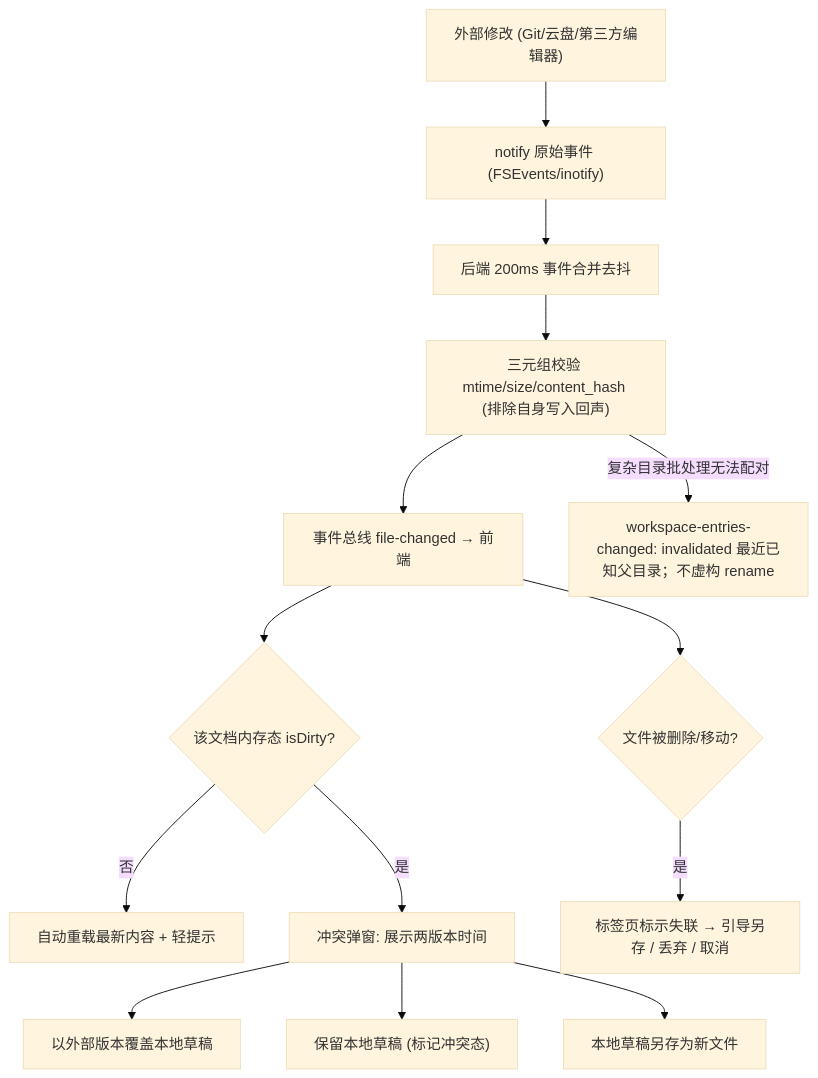
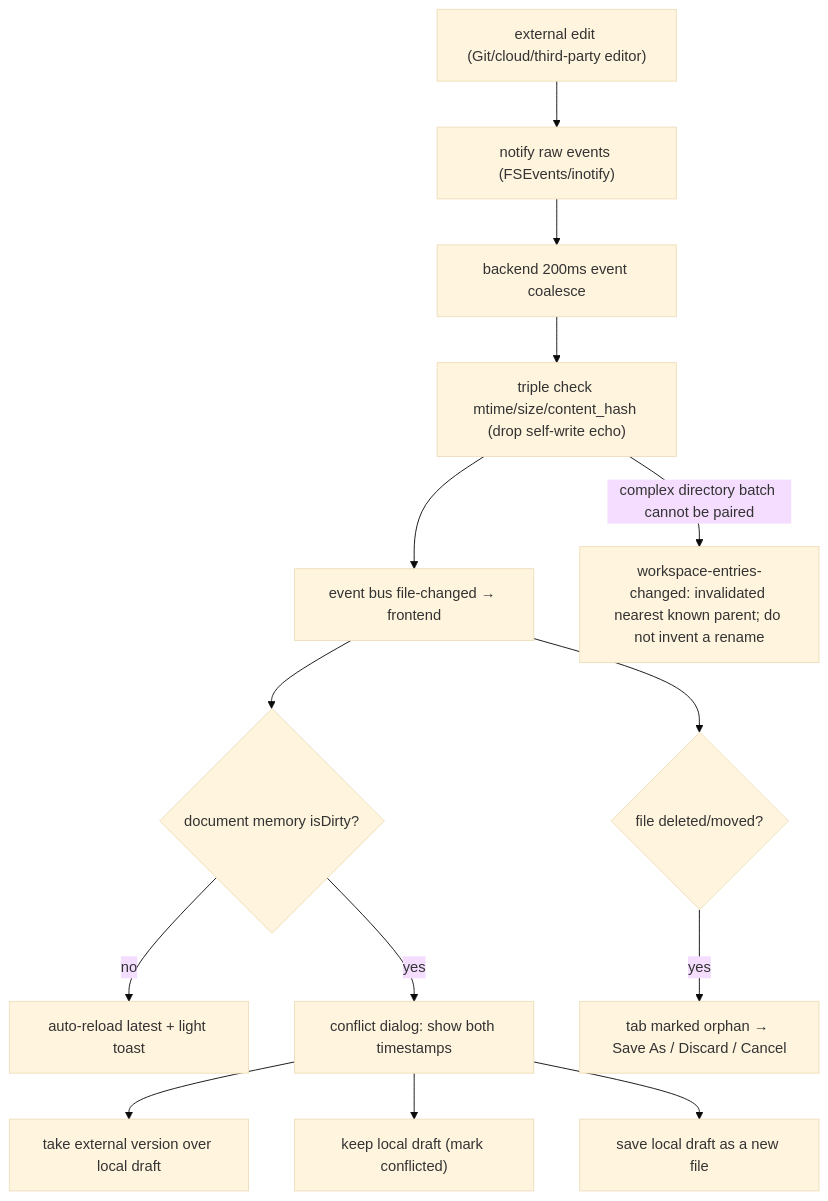
One commit to ignacioli/excalidraw-desktop changed the third of 5 diagrams in docs/architecture.md. Above: the diagram before and after it, drawn with Mermaid (base theme). The commit also changed other lines of this file and 7 other files, not shown here.

First line of the commit message:
docs: publish English architecture and quickstart

````diff
--- a/docs/architecture.md
+++ b/docs/architecture.md
@@ -105,16 +107,16 @@
 ```mermaid
 flowchart TB
-    Ext["外部修改 (Git/云盘/第三方编辑器)"] --> Notify["notify 原始事件 (FSEvents/inotify)"]
-    Notify --> Debounce["后端 200ms 事件合并去抖"]
-    Debounce --> Verify["三元组校验 mtime/size/content_hash (排除自身写入回声)"]
-    Verify --> Emit["事件总线 file-changed → 前端"]
-    Emit --> Dirty{"该文档内存态 isDirty?"}
-    Dirty -->|"否"| Reload["自动重载最新内容 + 轻提示"]
-    Dirty -->|"是"| Conflict["冲突弹窗: 展示两版本时间"]
-    Conflict --> OptA["以外部版本覆盖本地草稿"]
-    Conflict --> OptB["保留本地草稿 (标记冲突态)"]
-    Conflict --> OptC["本地草稿另存为新文件"]
-    Emit --> Gone{"文件被删除/移动?"}
-    Gone -->|"是"| Orphan["标签页标示失联 → 引导另存 / 丢弃 / 取消"]
-    Verify -->|"复杂目录批处理无法配对"| Invalidate["workspace-entries-changed: invalidated 最近已知父目录；不虚构 rename"]
+    Ext["external edit (Git/cloud/third-party editor)"] --> Notify["notify raw events (FSEvents/inotify)"]
+    Notify --> Debounce["backend 200ms event coalesce"]
+    Debounce --> Verify["triple check mtime/size/content_hash (drop self-write echo)"]
+    Verify --> Emit["event bus file-changed → frontend"]
+    Emit --> Dirty{"document memory isDirty?"}
+    Dirty -->|"no"| Reload["auto-reload latest + light toast"]
+    Dirty -->|"yes"| Conflict["conflict dialog: show both timestamps"]
+    Conflict --> OptA["take external version over local draft"]
+    Conflict --> OptB["keep local draft (mark conflicted)"]
+    Conflict --> OptC["save local draft as a new file"]
+    Emit --> Gone{"file deleted/moved?"}
+    Gone -->|"yes"| Orphan["tab marked orphan → Save As / Discard / Cancel"]
+    Verify -->|"complex directory batch cannot be paired"| Invalidate["workspace-entries-changed: invalidated nearest known parent; do not invent a rename"]
 ```
````
